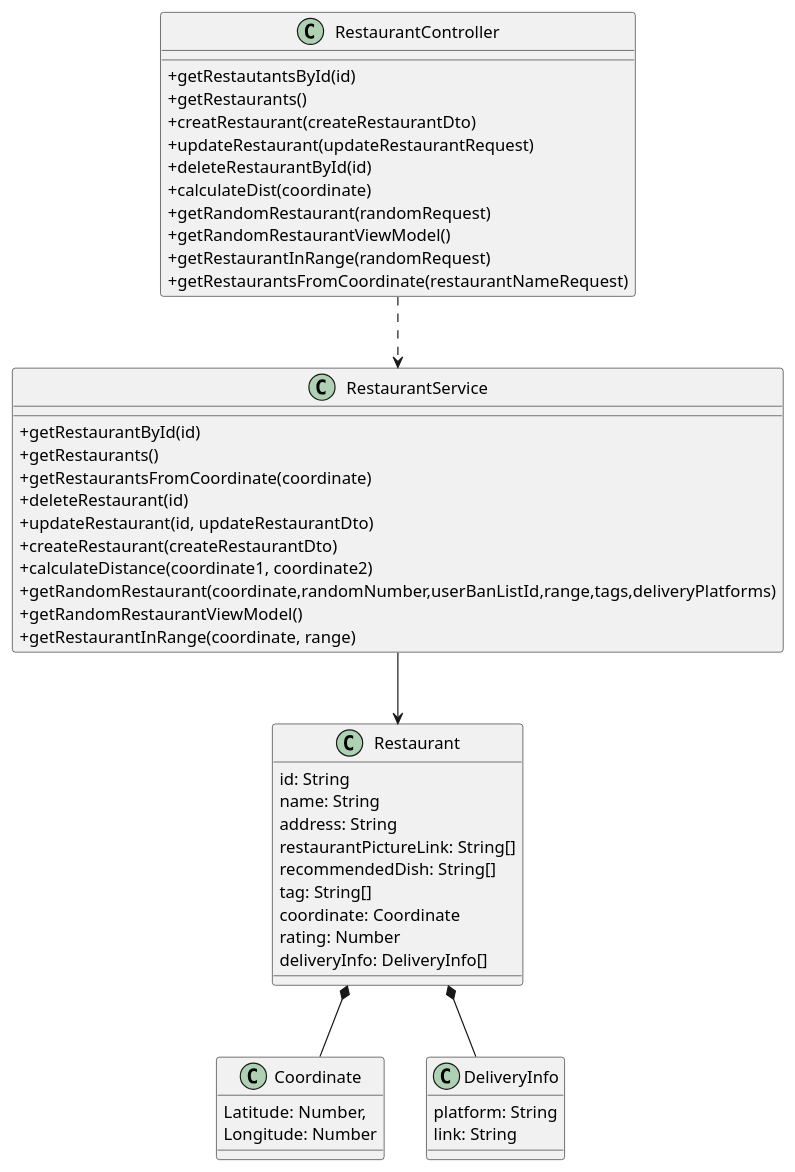
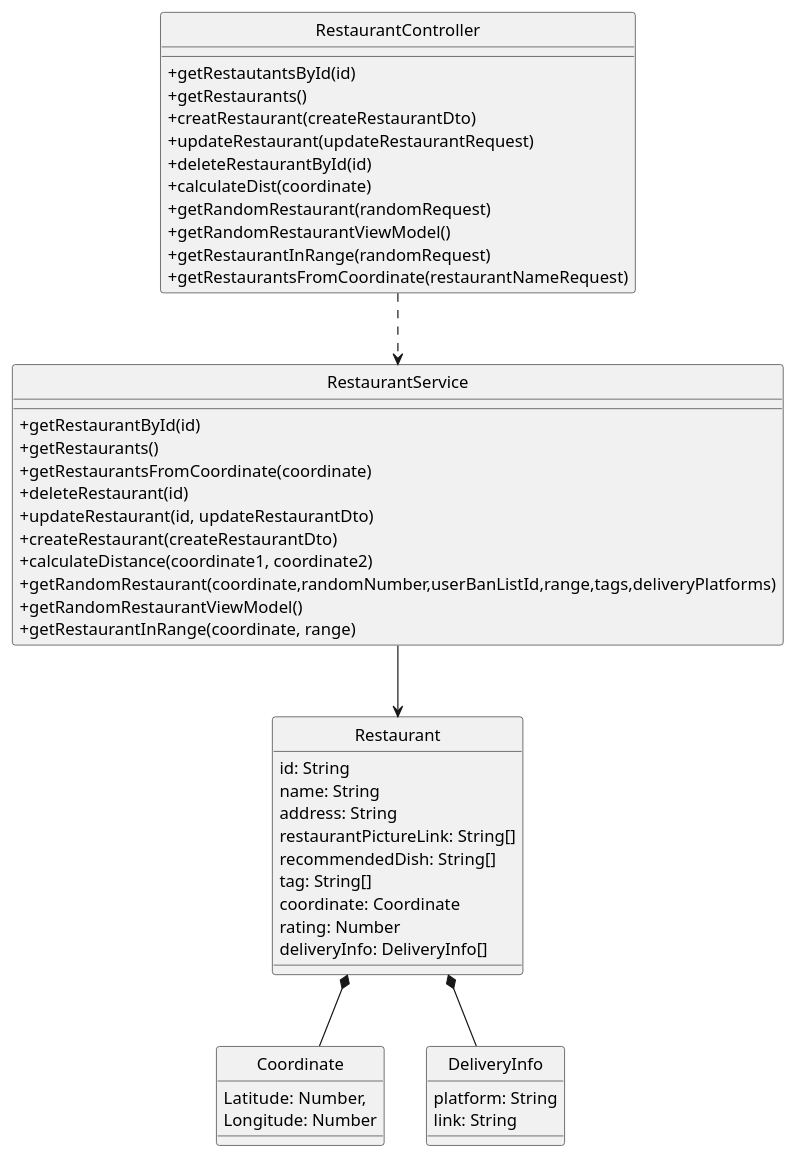
The diagram in Diagrams/classDiagram/restaurant-service.plantuml (pakornyodkab/foodHelpr), drawn with PlantUML before and after one commit. The commit also changed 5 other files, not shown here.

Commit message:
Add more diagrams

```diff
--- a/Diagrams/classDiagram/restaurant-service.plantuml
+++ b/Diagrams/classDiagram/restaurant-service.plantuml
@@ -1,61 +1,62 @@
 @startuml
 skinparam classAttributeIconSize 0
+hide circle
 
 RestaurantController ..>  RestaurantService 
 
 RestaurantService -->  Restaurant
 
 Restaurant *-- Coordinate
 Restaurant *-- DeliveryInfo
 
 
 
 class RestaurantController {
   +getRestautantsById(id) 
   +getRestaurants()
   +creatRestaurant(createRestaurantDto)
   +updateRestaurant(updateRestaurantRequest)
   +deleteRestaurantById(id)
   +calculateDist(coordinate)
   +getRandomRestaurant(randomRequest)
   +getRandomRestaurantViewModel()
   +getRestaurantInRange(randomRequest) 
   +getRestaurantsFromCoordinate(restaurantNameRequest)
 }
 
 class RestaurantService {
   +getRestaurantById(id)
   +getRestaurants()
   +getRestaurantsFromCoordinate(coordinate) 
   +deleteRestaurant(id) 
   +updateRestaurant(id, updateRestaurantDto)
   +createRestaurant(createRestaurantDto)
   +calculateDistance(coordinate1, coordinate2)
   +getRandomRestaurant(coordinate,randomNumber,userBanListId,range,tags,deliveryPlatforms) 
   +getRandomRestaurantViewModel()
   +getRestaurantInRange(coordinate, range)
 }
 
 class Restaurant {
   id: String
   name: String
   address: String
   restaurantPictureLink: String[]
   recommendedDish: String[]
   tag: String[]
   coordinate: Coordinate
   rating: Number
   deliveryInfo: DeliveryInfo[]
 }
 
 class DeliveryInfo {
     platform: String
     link: String
 }
 
 class Coordinate {
   Latitude: Number,
   Longitude: Number
 }
 
 @enduml
```
